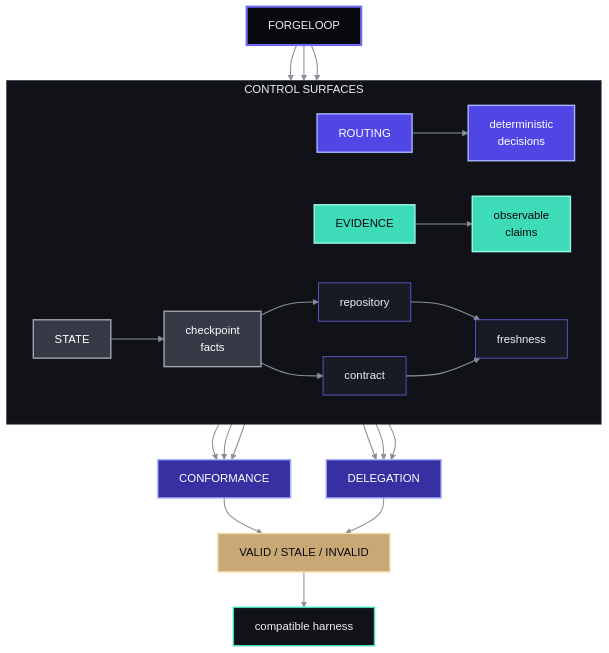
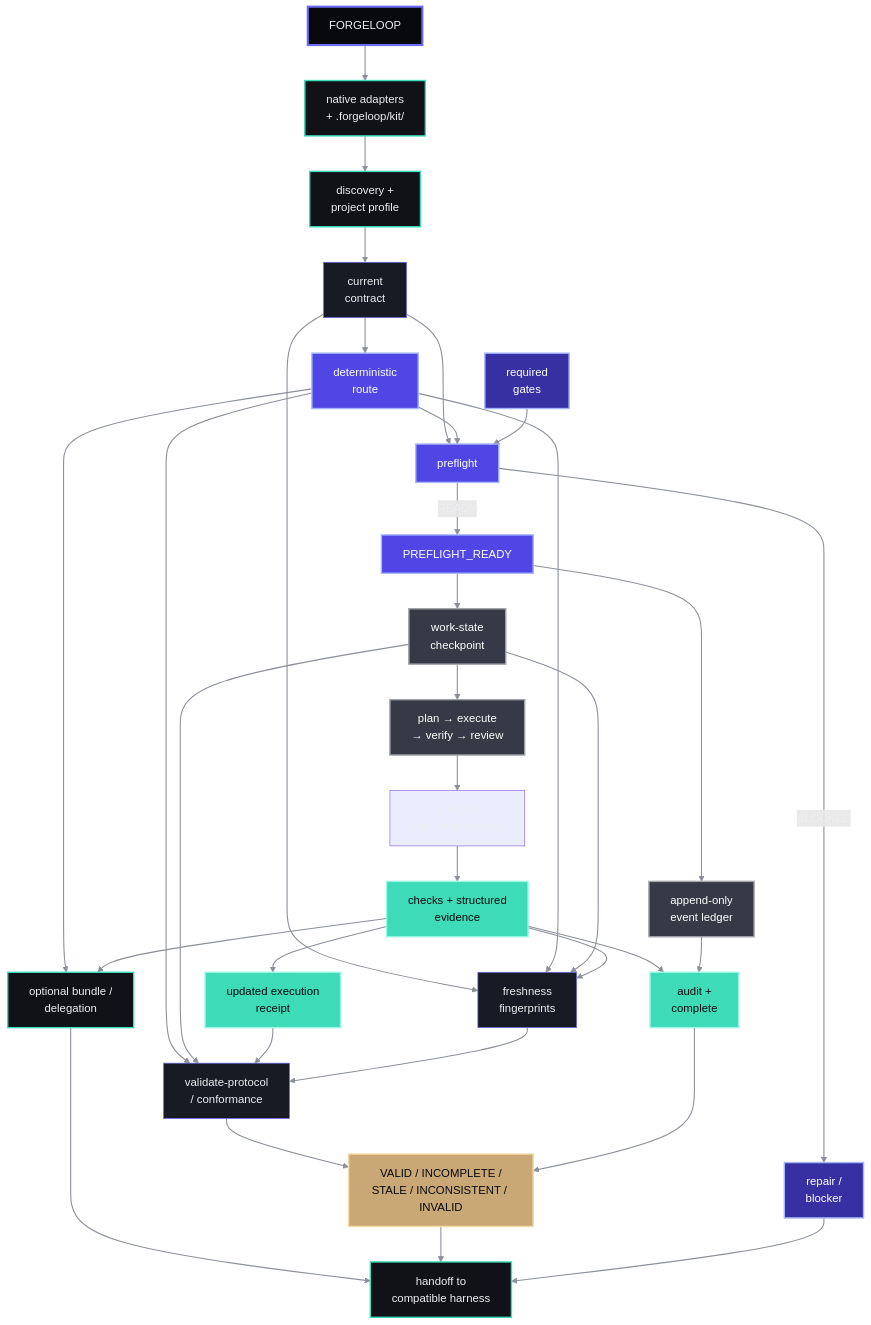
One commit to cassiomc1/ForgeLoop changed the diagram in README.md. Above: the diagram before and after it, drawn with Mermaid. The commit also changed other lines of this file and 51 other files, not shown here.

````diff
--- a/README.md
+++ b/README.md
@@ -49,52 +57,62 @@
 ```mermaid
 flowchart TB
   root["FORGELOOP"]
 
-  subgraph surfaces["CONTROL SURFACES"]
-    direction LR
-    routing["ROUTING"] --> routingFacts["deterministic<br/>decisions"]
-    state["STATE"] --> checkpoint["checkpoint<br/>facts"]
-    evidence["EVIDENCE"] --> claims["observable<br/>claims"]
+  root --> entry["native adapters<br/>+ .forgeloop/kit/"]
+  entry --> discovery["discovery +<br/>project profile"]
+  discovery --> contract["current<br/>contract"]
+  contract --> routing["deterministic<br/>route"]
 
-    checkpoint --> repository["repository"]
-    checkpoint --> contract["contract"]
-    repository --> freshness["freshness"]
-    contract --> freshness
-  end
+  contract --> preflight["preflight"]
+  routing --> preflight
+  gates["required<br/>gates"] --> preflight
+  preflight -->|READY| ready["PREFLIGHT_READY"]
+  preflight -->|BLOCKED| blocker["repair /<br/>blocker"]
 
-  root --> routing
-  root --> state
-  root --> evidence
+  ready --> state["work-state<br/>checkpoint"]
+  ready --> events["append-only<br/>event ledger"]
+  state --> lifecycle["plan → execute<br/>→ verify → review"]
+  lifecycle --> prepare["prepare<br/>completion receipt"]
+  prepare --> checks["checks + structured<br/>evidence"]
+  checks --> receipt["updated execution<br/>receipt"]
+  checks --> audit["audit +<br/>complete"]
+  events --> audit
 
-  routingFacts --> conformance["CONFORMANCE"]
-  routingFacts --> delegation["DELEGATION"]
+  contract --> freshness["freshness<br/>fingerprints"]
+  routing --> freshness
+  state --> freshness
+  checks --> freshness
+  routing --> conformance["validate-protocol<br/>/ conformance"]
+  state --> conformance
+  receipt --> conformance
   freshness --> conformance
-  freshness --> delegation
-  claims --> conformance
-  claims --> delegation
+  conformance --> verdict["VALID / INCOMPLETE /<br/>STALE / INCONSISTENT / INVALID"]
+  audit --> verdict
 
-  conformance --> verdict["VALID / STALE / INVALID"]
-  delegation --> verdict
-  verdict --> harness["compatible harness"]
+  routing --> delegation["optional bundle /<br/>delegation"]
+  checks --> delegation
+  delegation --> handoff["handoff to<br/>compatible harness"]
+  verdict --> handoff
+  blocker --> handoff
 
   classDef root fill:#08090C,stroke:#6E6AF5,stroke-width:3px,color:#EDEEF0;
+  classDef entry fill:#101218,stroke:#3EDBB8,stroke-width:2px,color:#EDEEF0;
   classDef routing fill:#4F46E5,stroke:#A5B4FC,stroke-width:2px,color:#FFFFFF;
   classDef state fill:#373A46,stroke:#A1A1AA,stroke-width:2px,color:#FFFFFF;
   classDef evidence fill:#3EDBB8,stroke:#99F6E4,stroke-width:2px,color:#08090C;
   classDef fact fill:#181B24,stroke:#6E6AF5,stroke-width:1px,color:#EDEEF0;
-  classDef support fill:#181B24,stroke:#8A8F98,stroke-width:1px,color:#EDEEF0;
   classDef gate fill:#3730A3,stroke:#A5B4FC,stroke-width:2px,color:#FFFFFF;
   classDef result fill:#C9A876,stroke:#F5D9A6,stroke-width:2px,color:#08090C;
   classDef harness fill:#101218,stroke:#3EDBB8,stroke-width:2px,color:#EDEEF0;
 
   class root root;
-  class routing,routingFacts routing;
-  class state,checkpoint state;
-  class evidence,claims evidence;
-  class repository,contract,freshness fact;
-  class conformance,delegation gate;
+  class entry,discovery,delegation entry;
+  class routing,preflight,ready routing;
+  class state,events,lifecycle state;
+  class checks,receipt,audit evidence;
+  class contract,freshness,conformance fact;
+  class gates,blocker gate;
   class verdict result;
-  class harness harness;
-  style surfaces fill:#101218,stroke:#2D3340,stroke-width:1px,color:#EDEEF0;
+  class handoff harness;
   linkStyle default stroke:#8A8F98,stroke-width:1.5px;
 ```
````
